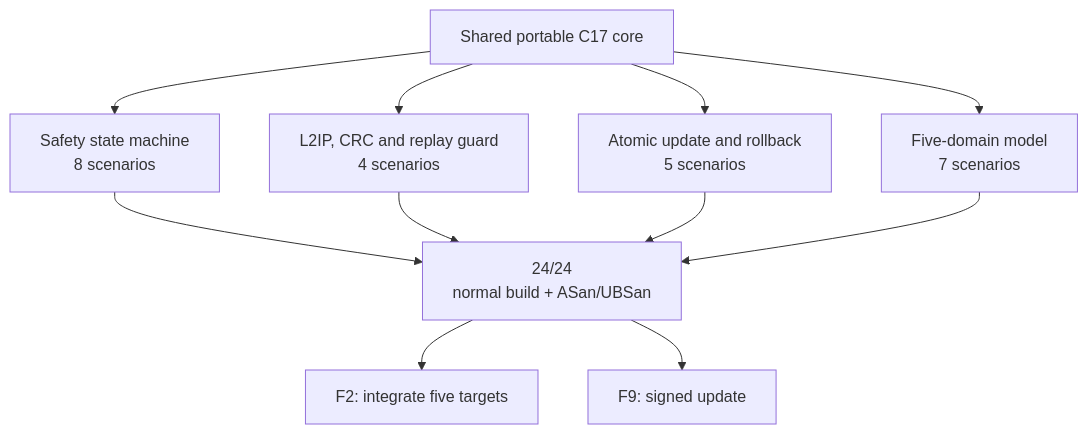
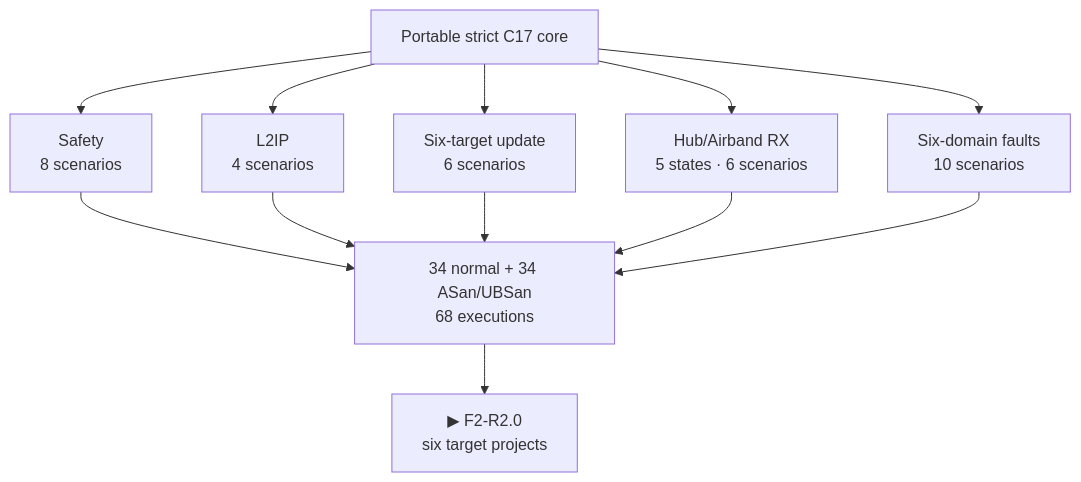
One commit to anton-vinogradov/esp32-leshy2-firmware changed the diagram in docs/f1-portable-cores-report.md. Above: the diagram before and after it, drawn with Mermaid. The commit also changed other lines of this file and 15 other files, not shown here.

````diff
--- a/docs/f1-portable-cores-report.md
+++ b/docs/f1-portable-cores-report.md
@@ -10,15 +12,16 @@
 ```mermaid
 flowchart TB
-  C["Shared portable C17 core"]
-  S["Safety state machine<br/>8 scenarios"]
-  L["L2IP, CRC and replay guard<br/>4 scenarios"]
-  U["Atomic update and rollback<br/>5 scenarios"]
-  M["Five-domain model<br/>7 scenarios"]
-  V["24/24<br/>normal build + ASan/UBSan"]
+  C["Portable strict C17 core"]
+  S["Safety<br/>8 scenarios"]
+  L["L2IP<br/>4 scenarios"]
+  U["Six-target update<br/>6 scenarios"]
+  R["Hub/Airband RX<br/>5 states · 6 scenarios"]
+  M["Six-domain faults<br/>10 scenarios"]
+  V["34 normal + 34 ASan/UBSan<br/>68 executions"]
   C --> S --> V
   C --> L --> V
   C --> U --> V
+  C --> R --> V
   C --> M --> V
-  V --> F2["F2: integrate five targets"]
-  V --> F9["F9: signed update"]
+  V --> F2["▶ F2-R2.0<br/>six target projects"]
 ```
````
